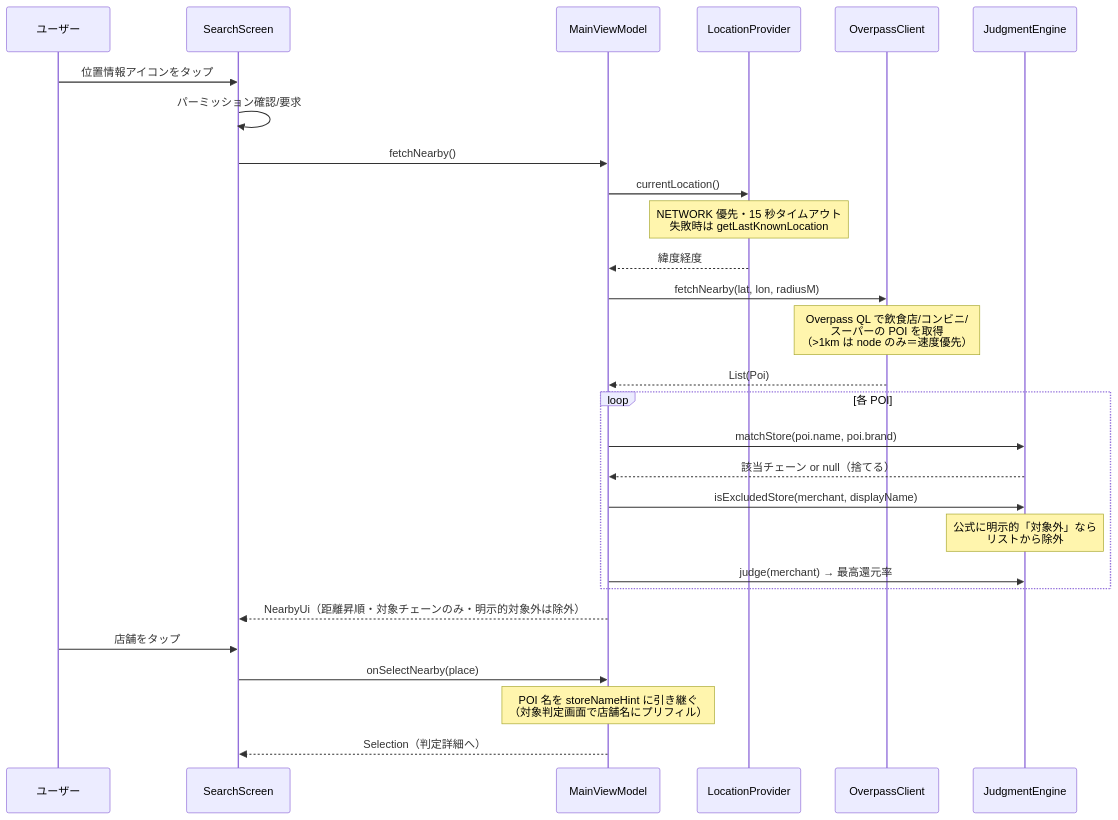
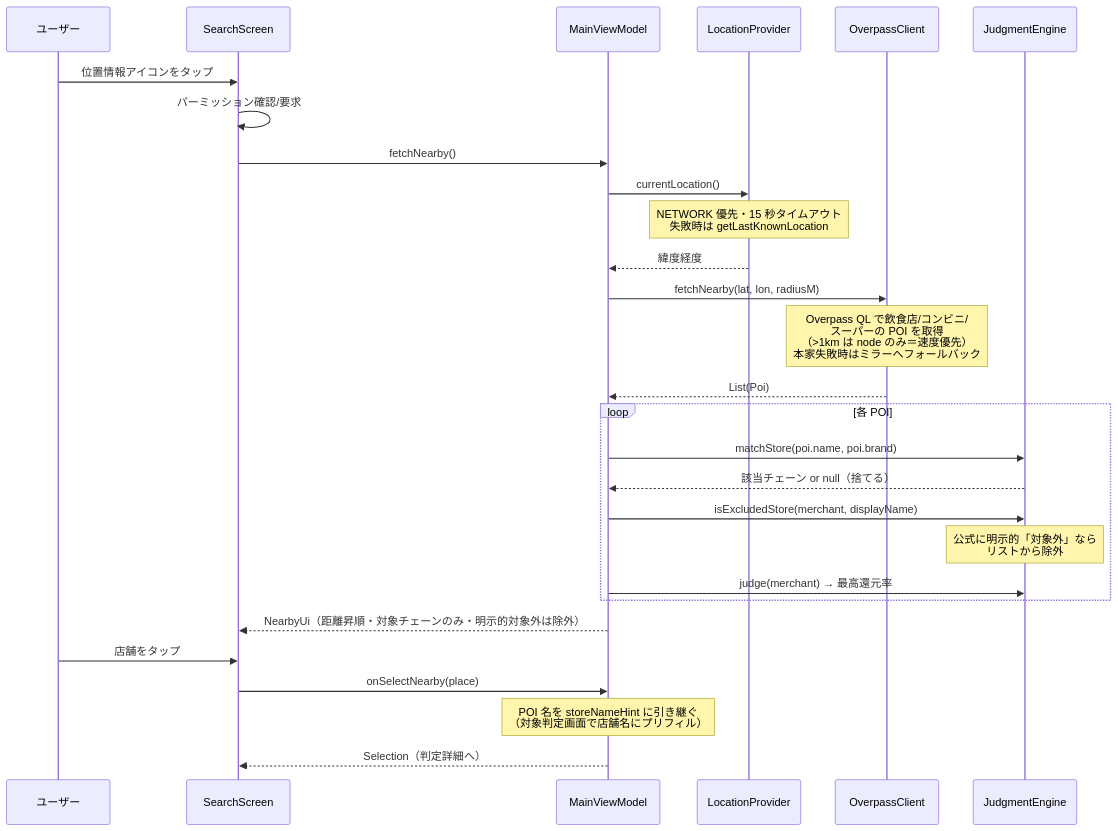
One commit to ktakjm/poikatsu changed the sixth of 6 diagrams in docs/code-guide.md. Above: the diagram before and after it, drawn with Mermaid. The commit also changed other lines of this file and 9 other files, not shown here.

````diff
--- a/docs/code-guide.md
+++ b/docs/code-guide.md
@@ -290,31 +296,31 @@
 ```mermaid
 sequenceDiagram
     participant U as ユーザー
     participant SC as SearchScreen
     participant VM as MainViewModel
     participant LP as LocationProvider
     participant OC as OverpassClient
     participant JE as JudgmentEngine
 
     U->>SC: 位置情報アイコンをタップ
     SC->>SC: パーミッション確認/要求
     SC->>VM: fetchNearby()
     VM->>LP: currentLocation()
     Note over LP: NETWORK 優先・15 秒タイムアウト<br/>失敗時は getLastKnownLocation
     LP-->>VM: 緯度経度
     VM->>OC: fetchNearby(lat, lon, radiusM)
-    Note over OC: Overpass QL で飲食店/コンビニ/<br/>スーパーの POI を取得<br/>（>1km は node のみ＝速度優先）
+    Note over OC: Overpass QL で飲食店/コンビニ/<br/>スーパーの POI を取得<br/>（>1km は node のみ＝速度優先）<br/>本家失敗時はミラーへフォールバック
     OC-->>VM: List(Poi)
     loop 各 POI
         VM->>JE: matchStore(poi.name, poi.brand)
         JE-->>VM: 該当チェーン or null（捨てる）
         VM->>JE: isExcludedStore(merchant, displayName)
         Note over JE: 公式に明示的「対象外」なら<br/>リストから除外
         VM->>JE: judge(merchant) → 最高還元率
     end
     VM-->>SC: NearbyUi（距離昇順・対象チェーンのみ・明示的対象外は除外）
     U->>SC: 店舗をタップ
     SC->>VM: onSelectNearby(place)
     Note over VM: POI 名を storeNameHint に引き継ぐ<br/>（対象判定画面で店舗名にプリフィル）
     VM-->>SC: Selection（判定詳細へ）
 ```
````
